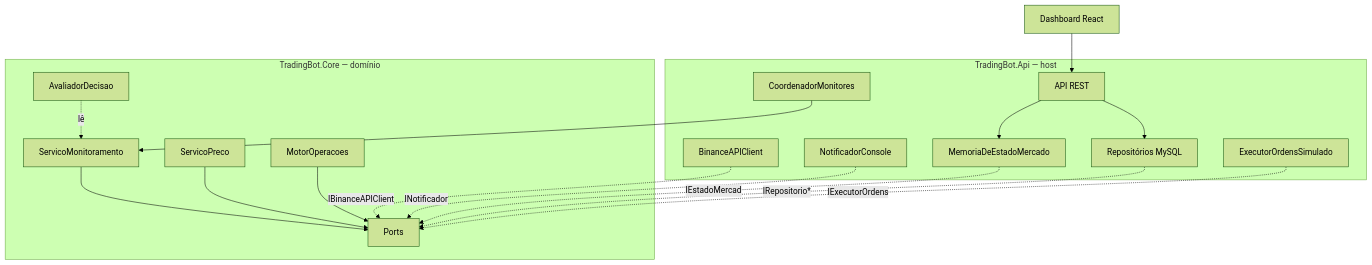
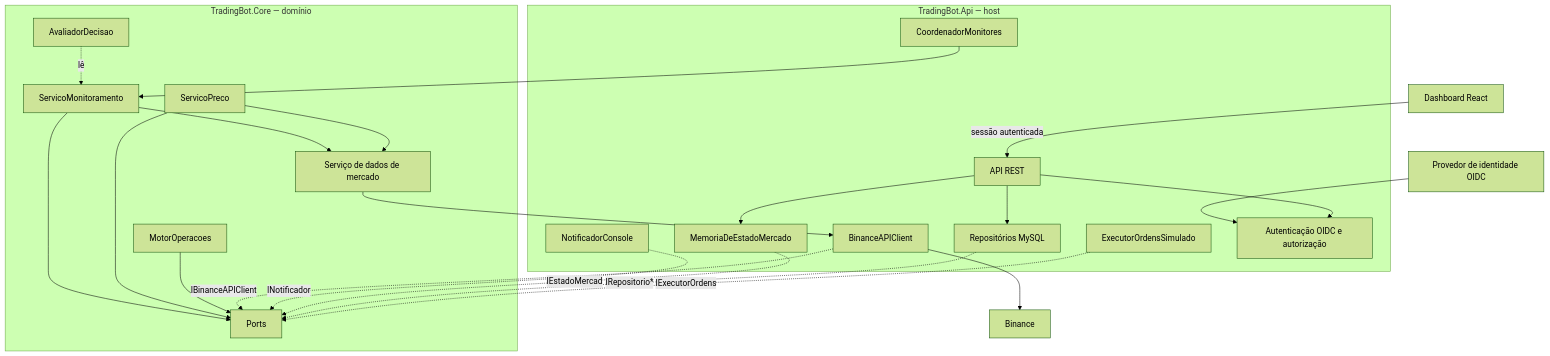
The first of 6 diagrams in Docs/UML.md (Marcelo-Davila/TradingBot-Vitrine), drawn with Mermaid (forest theme) before and after one commit. The commit also changed other lines of this file and 4 other files, not shown here.

````diff
--- a/Docs/UML.md
+++ b/Docs/UML.md
@@ -9,32 +9,42 @@
 ```mermaid
 flowchart TB
     subgraph Core[TradingBot.Core — domínio]
         MON[ServicoMonitoramento]
         PRE[ServicoPreco]
         AVAL[AvaliadorDecisao]
         MOTOR[MotorOperacoes]
+        DADOS[Serviço de dados de mercado]
         PORT[Ports]
         MON --> PORT
         PRE --> PORT
         MOTOR --> PORT
+        MON --> DADOS
+        PRE --> DADOS
         AVAL -.lê.-> MON
     end
     subgraph Api[TradingBot.Api — host]
         BIN[BinanceAPIClient]
         NOT[NotificadorConsole]
         MEM[MemoriaDeEstadoMercado]
         REP[Repositórios MySQL]
         EXE[ExecutorOrdensSimulado]
+        AUTH[Autenticação OIDC e autorização]
         API[API REST]
         COORD[CoordenadorMonitores]
     end
+    IDP[Provedor de identidade OIDC]
+    EXCHANGE[Binance]
+    DADOS --> BIN
+    BIN --> EXCHANGE
     BIN -.IBinanceAPIClient.-> PORT
     NOT -.INotificador.-> PORT
     MEM -.IEstadoMercado.-> PORT
     REP -.IRepositorio*.-> PORT
     EXE -.IExecutorOrdens.-> PORT
+    IDP --> AUTH
+    DASH[Dashboard React] -->|sessão autenticada| API
+    API --> AUTH
     COORD --> MON
     API --> MEM
     API --> REP
-    DASH[Dashboard React] --> API
 ```
````
